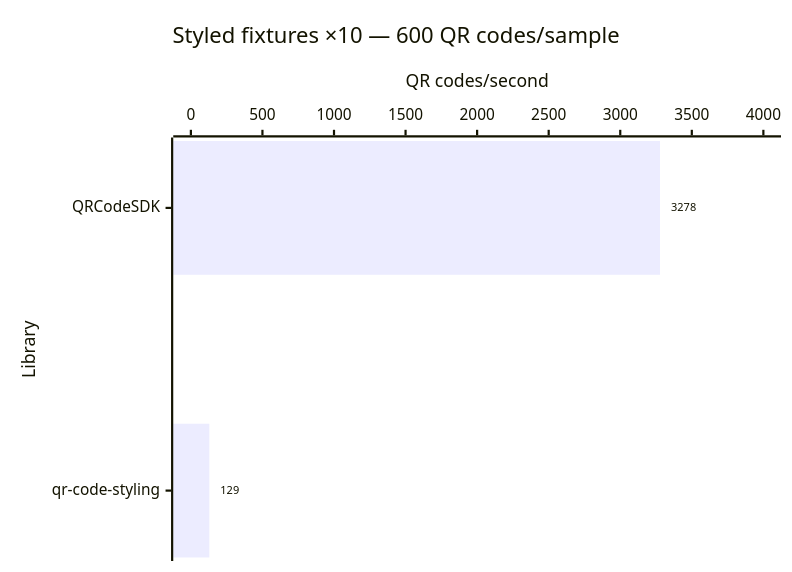
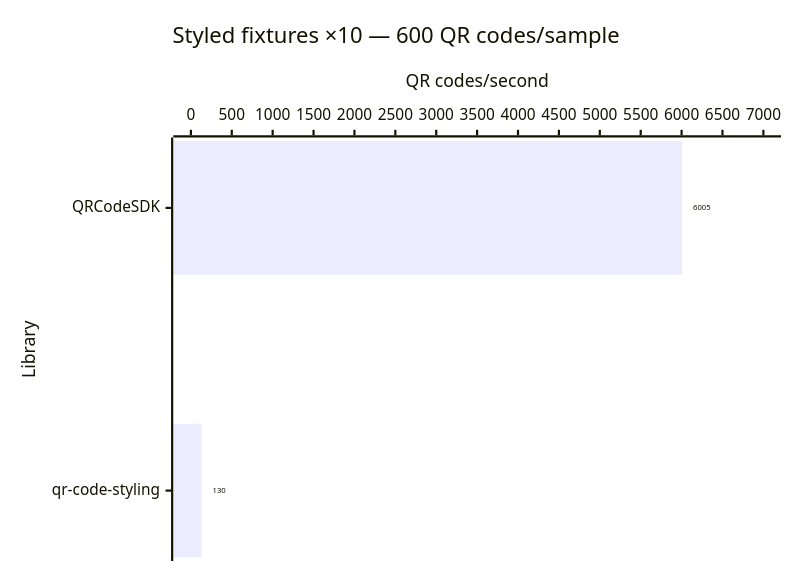
Before and after one commit to Dafnik/qrcodesdk: diagram 13 of 14 in apps/docs/src/content/docs/learn/performance.md, drawn with Mermaid. The commit also changed other lines of this file and 417 other files, not shown here.

````diff
--- a/apps/docs/src/content/docs/learn/performance.md
+++ b/apps/docs/src/content/docs/learn/performance.md
@@ -284,15 +284,15 @@
 ```mermaid
 ---
 config:
   xyChart:
     showDataLabel: true
     showDataLabelOutsideBar: true
 ---
 xychart horizontal
   accTitle: Styled SVG generation: Styled fixtures ×10 — 600 QR codes/sample
-  accDescr: Throughput calculated from median time. QRCodeSDK 3,278 QR codes per second, qr-code-styling 129 QR codes per second. Higher is better.
+  accDescr: Throughput calculated from median time. QRCodeSDK 6,005 QR codes per second, qr-code-styling 130 QR codes per second. Higher is better.
   title "Styled fixtures ×10 — 600 QR codes/sample"
   x-axis "Library" ["QRCodeSDK", "qr-code-styling"]
-  y-axis "QR codes/second" 0 --> 4000
-  bar [3278, 129]
+  y-axis "QR codes/second" 0 --> 7000
+  bar [6005, 130]
 ```
````
